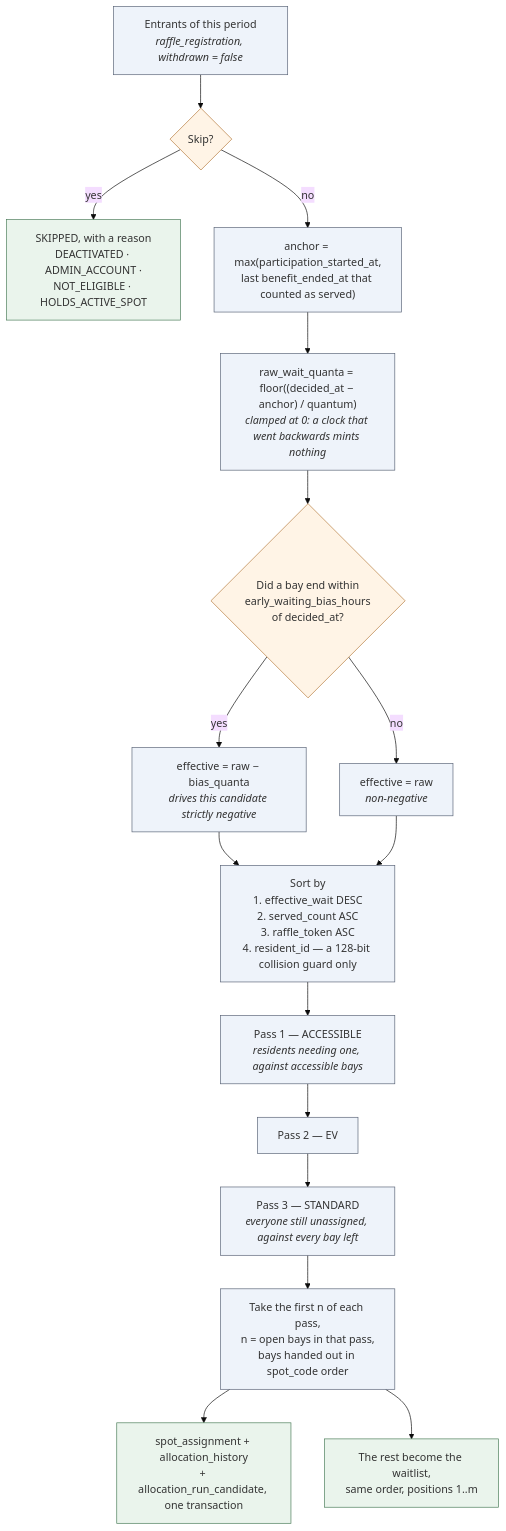
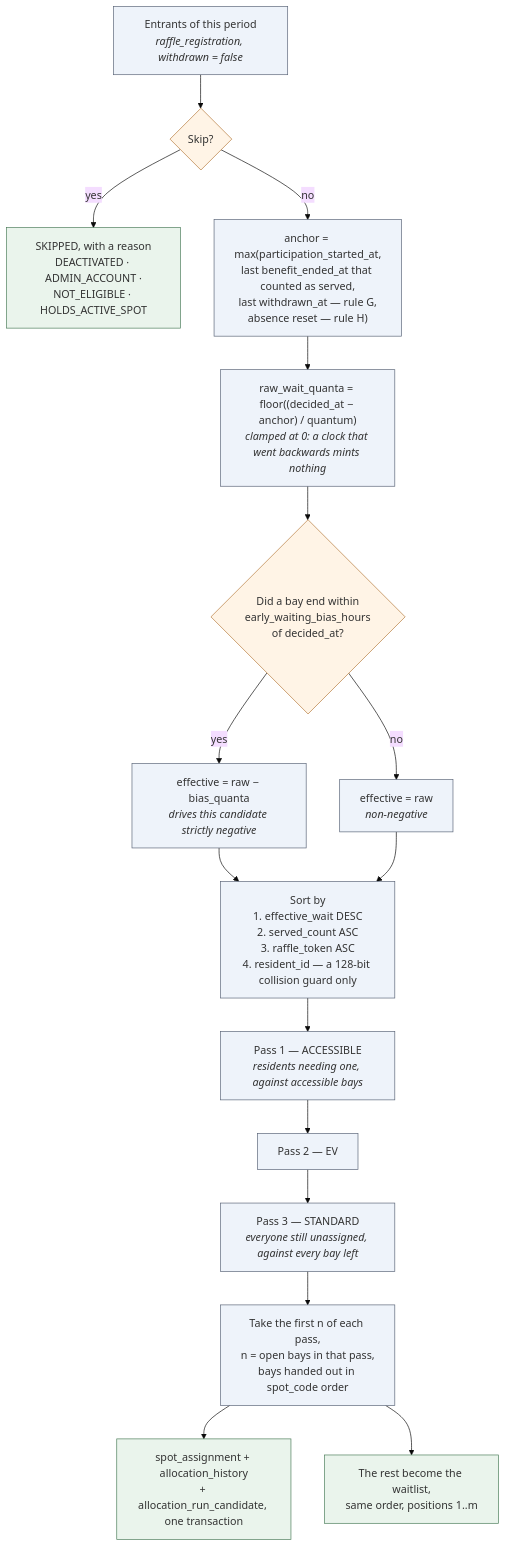
Before and after one commit to jcallisayaunosquare/pacs-parking-allocation: diagram 13 of 20 in docs/delivery/01-technical-documentation.md, drawn with Mermaid (base theme). The commit also changed other lines of this file and 11 other files, not shown here.

````diff
--- a/docs/delivery/01-technical-documentation.md
+++ b/docs/delivery/01-technical-documentation.md
@@ -1061,35 +1112,35 @@
 ```mermaid
 flowchart TB
   classDef step fill:#eef3fa,stroke:#5a6477
   classDef gate fill:#fff4e6,stroke:#b5793a
   classDef out fill:#eaf4ec,stroke:#4a7c59
 
   S["Entrants of this period<br/><i>raffle_registration, withdrawn = false</i>"]:::step
   SK{"Skip?"}:::gate
   SKIP["SKIPPED, with a reason<br/>DEACTIVATED · ADMIN_ACCOUNT ·<br/>NOT_ELIGIBLE · HOLDS_ACTIVE_SPOT"]:::out
 
-  AN["anchor = max(participation_started_at,<br/>last benefit_ended_at that counted as served)"]:::step
+  AN["anchor = max(participation_started_at,<br/>last benefit_ended_at that counted as served,<br/>last withdrawn_at — rule G,<br/>absence reset — rule H)"]:::step
   RW["raw_wait_quanta = floor((decided_at − anchor) / quantum)<br/><i>clamped at 0: a clock that went backwards mints nothing</i>"]:::step
   BI{"Did a bay end within<br/>early_waiting_bias_hours<br/>of decided_at?"}:::gate
   SUB["effective = raw − bias_quanta<br/><i>drives this candidate strictly negative</i>"]:::step
   KEEP["effective = raw<br/><i>non-negative</i>"]:::step
 
   SORT["Sort by<br/>1. effective_wait DESC<br/>2. served_count ASC<br/>3. raffle_token ASC<br/>4. resident_id — a 128-bit collision guard only"]:::step
 
   P1["Pass 1 — ACCESSIBLE<br/><i>residents needing one, against accessible bays</i>"]:::step
   P2["Pass 2 — EV"]:::step
   P3["Pass 3 — STANDARD<br/><i>everyone still unassigned, against every bay left</i>"]:::step
   CUT["Take the first n of each pass,<br/>n = open bays in that pass,<br/>bays handed out in spot_code order"]:::step
 
   W["The rest become the waitlist,<br/>same order, positions 1..m"]:::out
   A["spot_assignment + allocation_history<br/>+ allocation_run_candidate, one transaction"]:::out
 
   S --> SK
   SK -- "yes" --> SKIP
   SK -- "no" --> AN --> RW --> BI
   BI -- "yes" --> SUB --> SORT
   BI -- "no" --> KEEP --> SORT
   SORT --> P1 --> P2 --> P3 --> CUT
   CUT --> A
   CUT --> W
 ```
````
